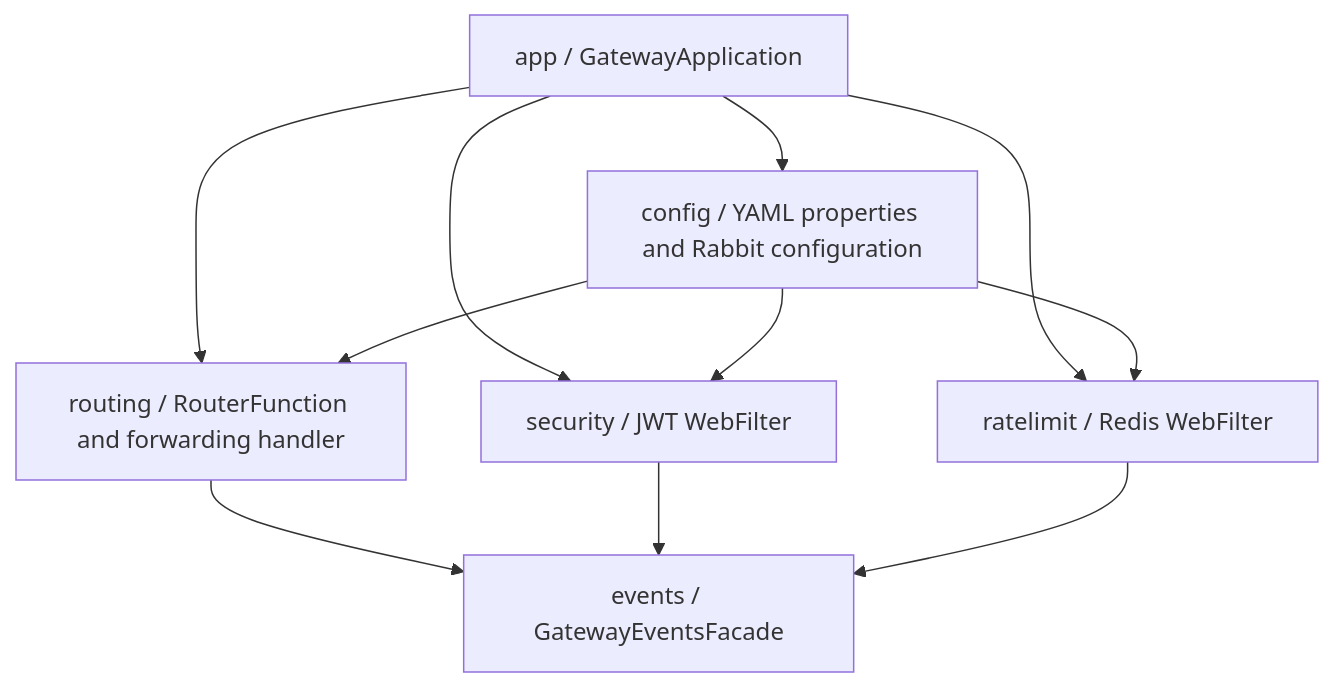
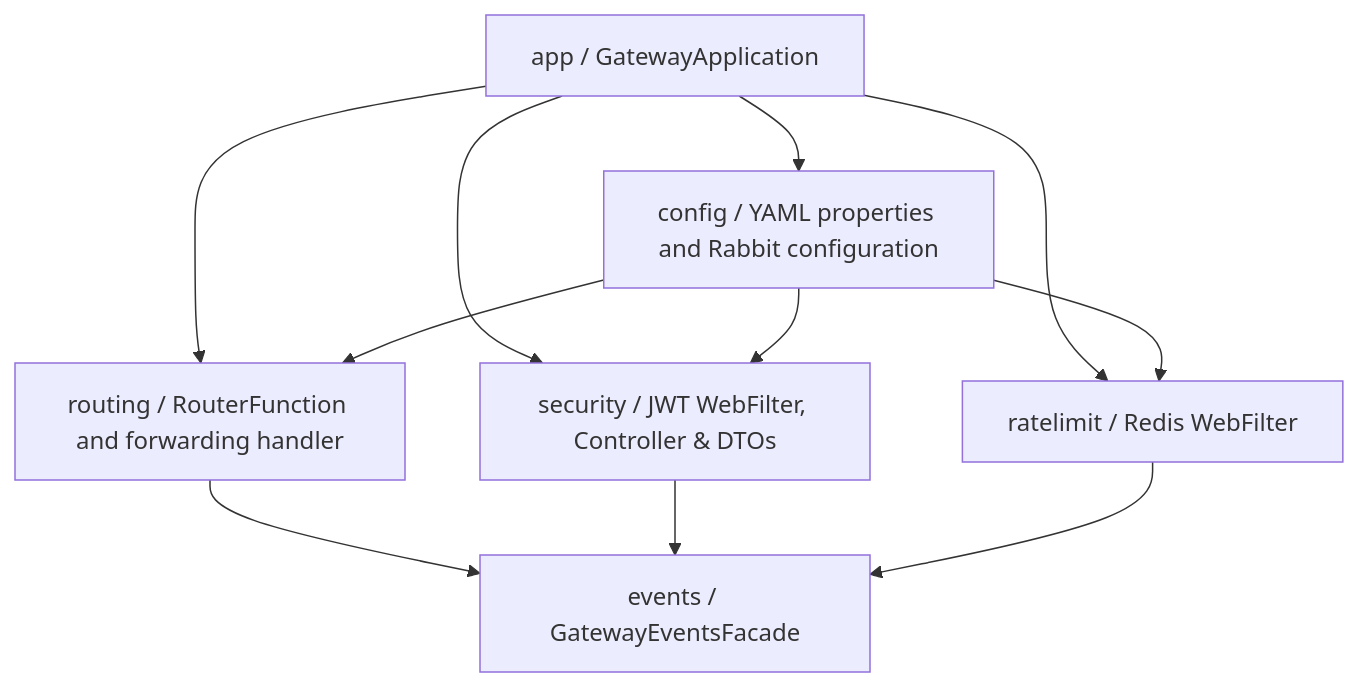
One commit to MichaelOdera/tezza-technical changed the second of 2 diagrams in services/gateway-service/README.md. Above: the diagram before and after it, drawn with Mermaid. The commit also changed other lines of this file, not shown here.

Commit message:
update the README.md file to reflect the leg included for the JWT token

````diff
--- a/services/gateway-service/README.md
+++ b/services/gateway-service/README.md
@@ -80,13 +112,13 @@
 ```mermaid
 flowchart TB
 	APP[app / GatewayApplication] --> CONFIG[config / YAML properties and Rabbit configuration]
 	APP --> ROUTING[routing / RouterFunction and forwarding handler]
-	APP --> SECURITY[security / JWT WebFilter]
+	APP --> SECURITY[security / JWT WebFilter, Controller & DTOs]
 	APP --> LIMIT[ratelimit / Redis WebFilter]
 	ROUTING --> EVENTS[events / GatewayEventsFacade]
 	SECURITY --> EVENTS
 	LIMIT --> EVENTS
 	CONFIG --> ROUTING
 	CONFIG --> SECURITY
 	CONFIG --> LIMIT
 ```
````
